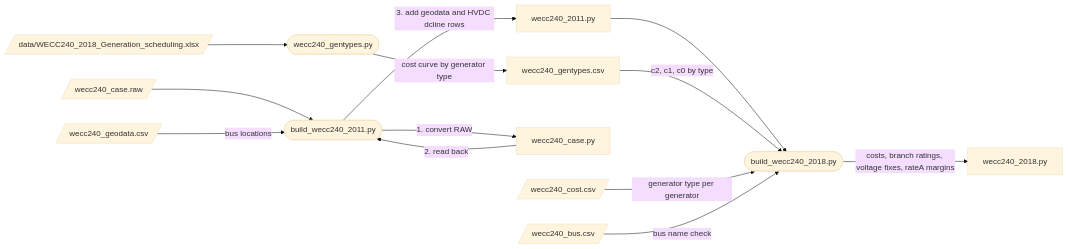
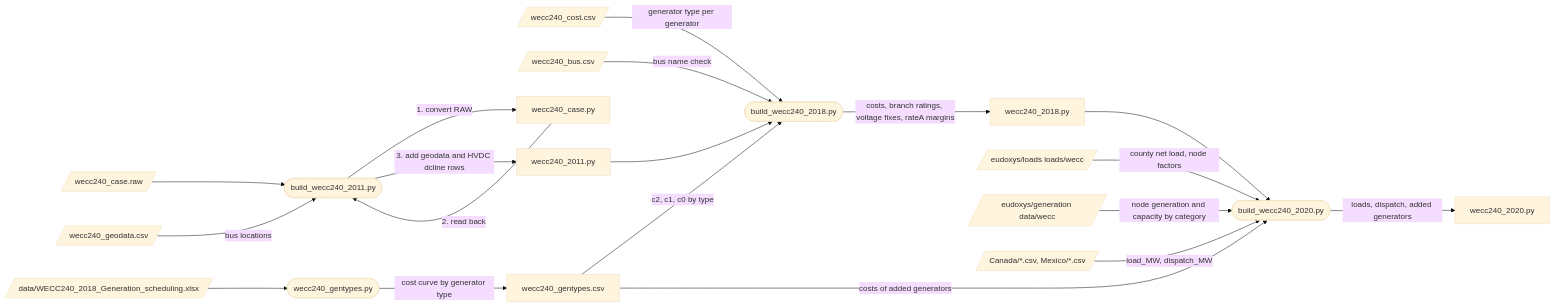
One commit to eudoxys/wecc240 changed the diagram in wecc240/README.md. Above: the diagram before and after it, drawn with Mermaid (base theme). The commit also changed other lines of this file and 10 other files, not shown here.

First line of the commit message:
Add build_wecc240_2020.py and generate the 2020 case

````diff
--- a/wecc240/README.md
+++ b/wecc240/README.md
@@ -75,32 +99,45 @@
 ```mermaid
 flowchart LR
     raw[/wecc240_case.raw/]
     geo[/wecc240_geodata.csv/]
     xlsx[/"data/WECC240_2018_Generation_scheduling.xlsx"/]
     cost[/wecc240_cost.csv/]
     bus[/wecc240_bus.csv/]
 
     b2011([build_wecc240_2011.py])
     gt([wecc240_gentypes.py])
     b2018([build_wecc240_2018.py])
 
     case[wecc240_case.py]
     c2011[wecc240_2011.py]
     types[wecc240_gentypes.csv]
     c2018[wecc240_2018.py]
 
     raw --> b2011
     b2011 -- "1. convert RAW" --> case
     case -- "2. read back" --> b2011
     geo -- "bus locations" --> b2011
     b2011 -- "3. add geodata and HVDC dcline rows" --> c2011
 
     xlsx --> gt
     gt -- "cost curve by generator type" --> types
 
     c2011 --> b2018
     types -- "c2, c1, c0 by type" --> b2018
     cost -- "generator type per generator" --> b2018
     bus -- "bus name check" --> b2018
     b2018 -- "costs, branch ratings, voltage fixes, rateA margins" --> c2018
+
+    loads[/"eudoxys/loads loads/wecc"/]
+    gendata[/"eudoxys/generation data/wecc"/]
+    foreign[/"Canada/*.csv, Mexico/*.csv"/]
+    b2020([build_wecc240_2020.py])
+    c2020[wecc240_2020.py]
+
+    c2018 --> b2020
+    loads -- "county net load, node factors" --> b2020
+    gendata -- "node generation and capacity by category" --> b2020
+    foreign -- "load_MW, dispatch_MW" --> b2020
+    types -- "costs of added generators" --> b2020
+    b2020 -- "loads, dispatch, added generators" --> c2020
 ```
````
